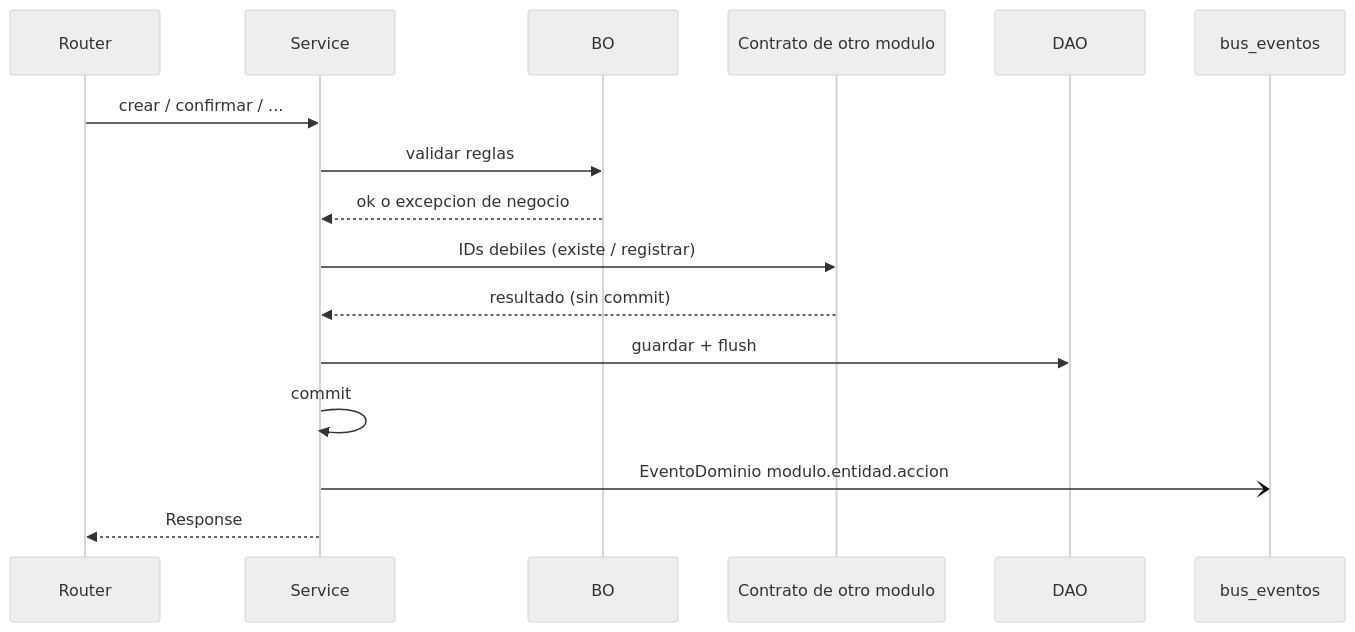
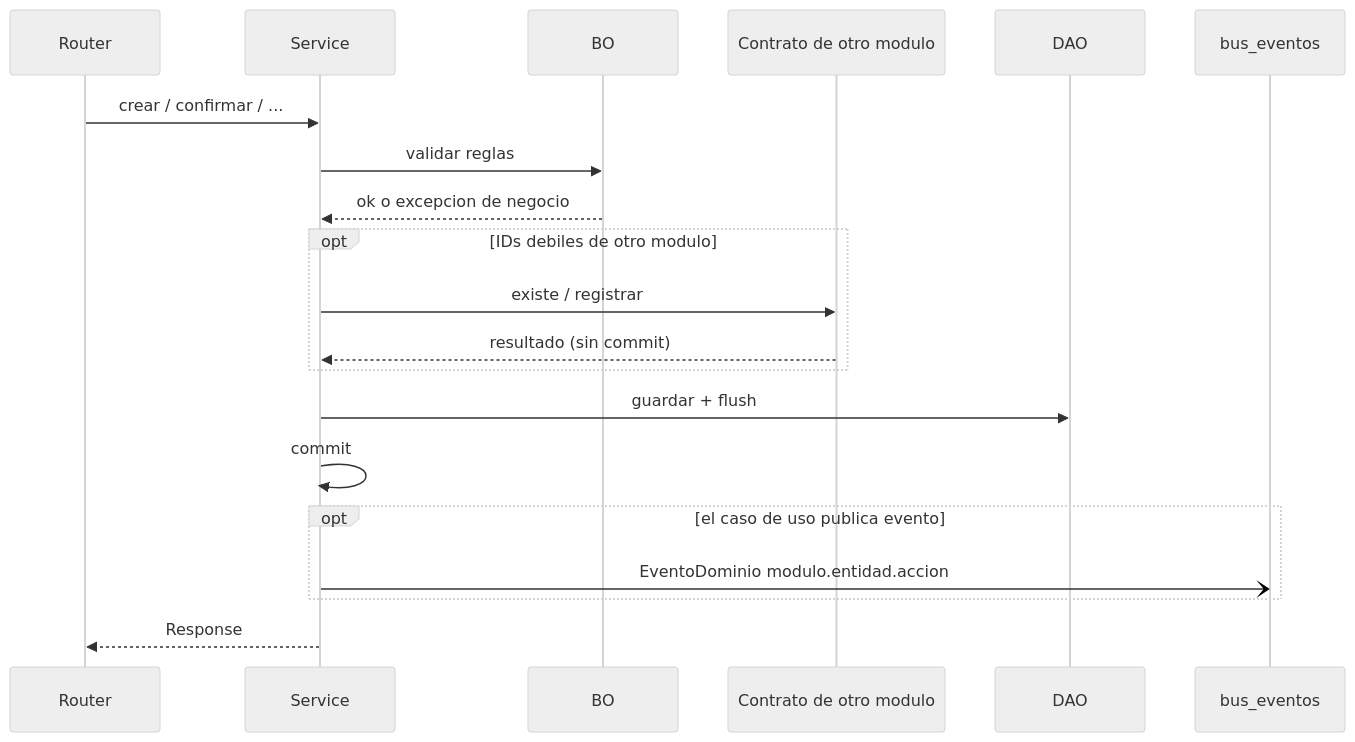
The second of 2 diagrams in docs/diagramas/00-transversal.md (estsan3/ventas360-api), drawn with Mermaid (neutral theme) before and after one commit. The commit also changed other lines of this file and 21 other files, not shown here.

First line of the commit message:
docs: re-sincronizar diagramas de secuencia por módulo (2026-11-11)

````diff
--- a/docs/diagramas/00-transversal.md
+++ b/docs/diagramas/00-transversal.md
@@ -41,19 +51,23 @@
 ```mermaid
 sequenceDiagram
     participant Router
     participant Service
     participant BO
     participant ContratoOtro as Contrato de otro modulo
     participant DAO
     participant Bus as bus_eventos
 
     Router->>Service: crear / confirmar / ...
     Service->>BO: validar reglas
     BO-->>Service: ok o excepcion de negocio
-    Service->>ContratoOtro: IDs debiles (existe / registrar)
-    ContratoOtro-->>Service: resultado (sin commit)
+    opt IDs debiles de otro modulo
+        Service->>ContratoOtro: existe / registrar
+        ContratoOtro-->>Service: resultado (sin commit)
+    end
     Service->>DAO: guardar + flush
     Service->>Service: commit
-    Service-)Bus: EventoDominio modulo.entidad.accion
+    opt el caso de uso publica evento
+        Service-)Bus: EventoDominio modulo.entidad.accion
+    end
     Service-->>Router: Response
 ```
````
